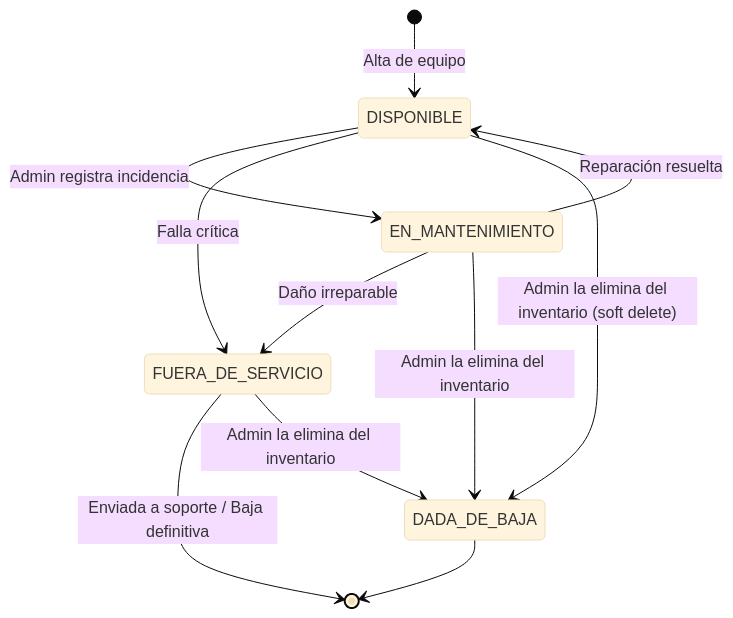
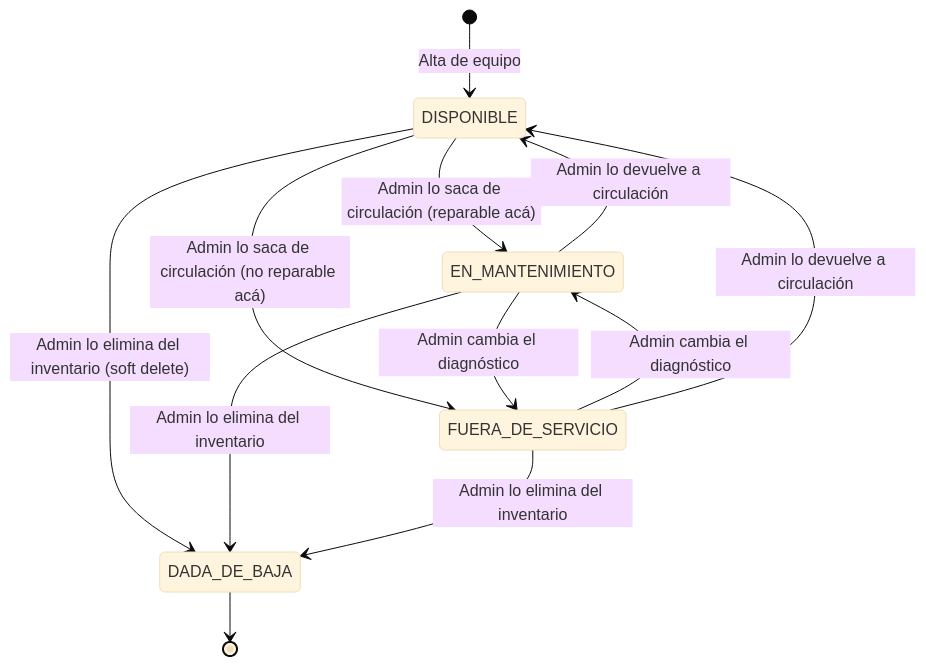
One commit to agustin-y2k/sgrc changed the first of 5 diagrams in docs/05-diagramas-estado.md. Above: the diagram before and after it, drawn with Mermaid (base theme). The commit also changed other lines of this file and 57 other files, not shown here.

````diff
--- a/docs/05-diagramas-estado.md
+++ b/docs/05-diagramas-estado.md
@@ -5,13 +5,14 @@
 ```mermaid
 stateDiagram-v2
     [*] --> DISPONIBLE: Alta de equipo
-    DISPONIBLE --> EN_MANTENIMIENTO: Admin registra incidencia
-    EN_MANTENIMIENTO --> DISPONIBLE: Reparación resuelta
-    EN_MANTENIMIENTO --> FUERA_DE_SERVICIO: Daño irreparable
-    DISPONIBLE --> FUERA_DE_SERVICIO: Falla crítica
-    FUERA_DE_SERVICIO --> [*]: Enviada a soporte / Baja definitiva
-    DISPONIBLE --> DADA_DE_BAJA: Admin la elimina del inventario (soft delete)
-    EN_MANTENIMIENTO --> DADA_DE_BAJA: Admin la elimina del inventario
-    FUERA_DE_SERVICIO --> DADA_DE_BAJA: Admin la elimina del inventario
+    DISPONIBLE --> EN_MANTENIMIENTO: Admin lo saca de circulación (reparable acá)
+    DISPONIBLE --> FUERA_DE_SERVICIO: Admin lo saca de circulación (no reparable acá)
+    EN_MANTENIMIENTO --> DISPONIBLE: Admin lo devuelve a circulación
+    EN_MANTENIMIENTO --> FUERA_DE_SERVICIO: Admin cambia el diagnóstico
+    FUERA_DE_SERVICIO --> EN_MANTENIMIENTO: Admin cambia el diagnóstico
+    FUERA_DE_SERVICIO --> DISPONIBLE: Admin lo devuelve a circulación
+    DISPONIBLE --> DADA_DE_BAJA: Admin lo elimina del inventario (soft delete)
+    EN_MANTENIMIENTO --> DADA_DE_BAJA: Admin lo elimina del inventario
+    FUERA_DE_SERVICIO --> DADA_DE_BAJA: Admin lo elimina del inventario
     DADA_DE_BAJA --> [*]
 ```
````
